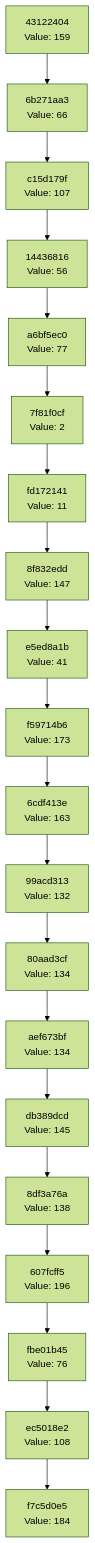
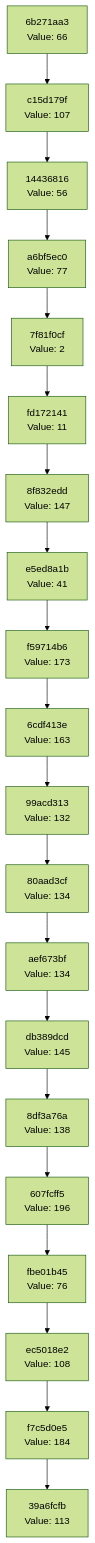
The diagram in docs/CHAIN_VISUALIZATION.md (Abhisheksinha1506/hash-chain-evolver), drawn with Mermaid (forest theme) before and after one commit. The commit also changed 2 other files, not shown here.

Commit message:
Evolution step: hash 0x71 → action executed

````diff
--- a/docs/CHAIN_VISUALIZATION.md
+++ b/docs/CHAIN_VISUALIZATION.md
@@ -3,42 +3,42 @@
 ```mermaid
 graph TD
-    C0["f7c5d0e5<br/>Value: 184"]
-    C1["ec5018e2<br/>Value: 108"]
+    C0["39a6fcfb<br/>Value: 113"]
+    C1["f7c5d0e5<br/>Value: 184"]
     C1 --> C0
-    C2["fbe01b45<br/>Value: 76"]
+    C2["ec5018e2<br/>Value: 108"]
     C2 --> C1
-    C3["607fcff5<br/>Value: 196"]
+    C3["fbe01b45<br/>Value: 76"]
     C3 --> C2
-    C4["8df3a76a<br/>Value: 138"]
+    C4["607fcff5<br/>Value: 196"]
     C4 --> C3
-    C5["db389dcd<br/>Value: 145"]
+    C5["8df3a76a<br/>Value: 138"]
     C5 --> C4
-    C6["aef673bf<br/>Value: 134"]
+    C6["db389dcd<br/>Value: 145"]
     C6 --> C5
-    C7["80aad3cf<br/>Value: 134"]
+    C7["aef673bf<br/>Value: 134"]
     C7 --> C6
-    C8["99acd313<br/>Value: 132"]
+    C8["80aad3cf<br/>Value: 134"]
     C8 --> C7
-    C9["6cdf413e<br/>Value: 163"]
+    C9["99acd313<br/>Value: 132"]
     C9 --> C8
-    C10["f59714b6<br/>Value: 173"]
+    C10["6cdf413e<br/>Value: 163"]
     C10 --> C9
-    C11["e5ed8a1b<br/>Value: 41"]
+    C11["f59714b6<br/>Value: 173"]
     C11 --> C10
-    C12["8f832edd<br/>Value: 147"]
+    C12["e5ed8a1b<br/>Value: 41"]
     C12 --> C11
-    C13["fd172141<br/>Value: 11"]
+    C13["8f832edd<br/>Value: 147"]
     C13 --> C12
-    C14["7f81f0cf<br/>Value: 2"]
+    C14["fd172141<br/>Value: 11"]
     C14 --> C13
-    C15["a6bf5ec0<br/>Value: 77"]
+    C15["7f81f0cf<br/>Value: 2"]
     C15 --> C14
-    C16["14436816<br/>Value: 56"]
+    C16["a6bf5ec0<br/>Value: 77"]
     C16 --> C15
-    C17["c15d179f<br/>Value: 107"]
+    C17["14436816<br/>Value: 56"]
     C17 --> C16
-    C18["6b271aa3<br/>Value: 66"]
+    C18["c15d179f<br/>Value: 107"]
     C18 --> C17
-    C19["43122404<br/>Value: 159"]
+    C19["6b271aa3<br/>Value: 66"]
     C19 --> C18
 ```
````
